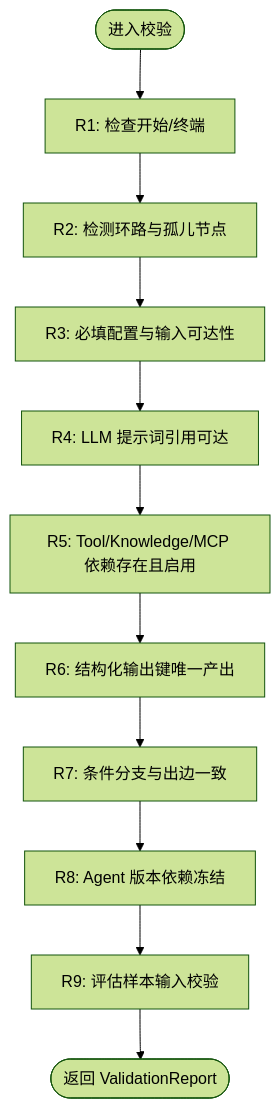
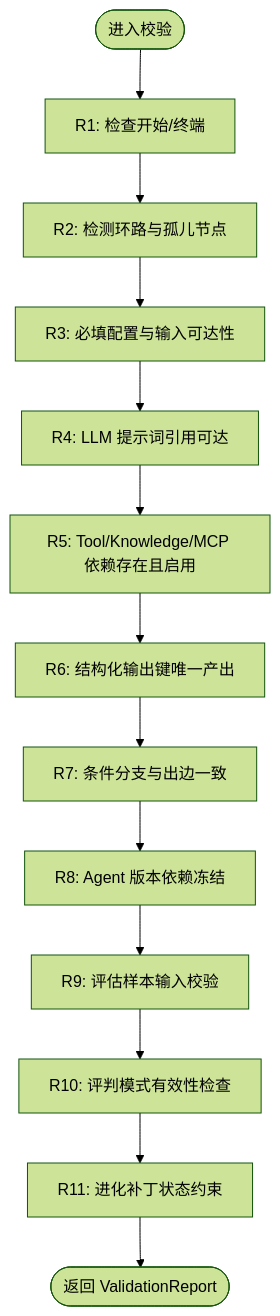
Before and after one commit to huiliuxu780/MoreThanCorn: the third of 3 diagrams in .qoder/repowiki/zh/content/Agent 与工作流域.md, drawn with Mermaid (forest theme). The commit also changed other lines of this file and 102 other files, not shown here.

````diff
--- a/.qoder/repowiki/zh/content/Agent 与工作流域.md
+++ b/.qoder/repowiki/zh/content/Agent 与工作流域.md
@@ -316,13 +351,15 @@
 ```mermaid
 flowchart TD
 Start(["进入校验"]) --> R1["R1: 检查开始/终端"]
 R1 --> R2["R2: 检测环路与孤儿节点"]
 R2 --> R3["R3: 必填配置与输入可达性"]
 R3 --> R4["R4: LLM 提示词引用可达"]
 R4 --> R5["R5: Tool/Knowledge/MCP 依赖存在且启用"]
 R5 --> R6["R6: 结构化输出键唯一产出"]
 R6 --> R7["R7: 条件分支与出边一致"]
 R7 --> R8["R8: Agent 版本依赖冻结"]
 R8 --> R9["R9: 评估样本输入校验"]
-R9 --> End(["返回 ValidationReport"])
+R9 --> R10["R10: 评判模式有效性检查"]
+R10 --> R11["R11: 进化补丁状态约束"]
+R11 --> End(["返回 ValidationReport"])
 ```
````
